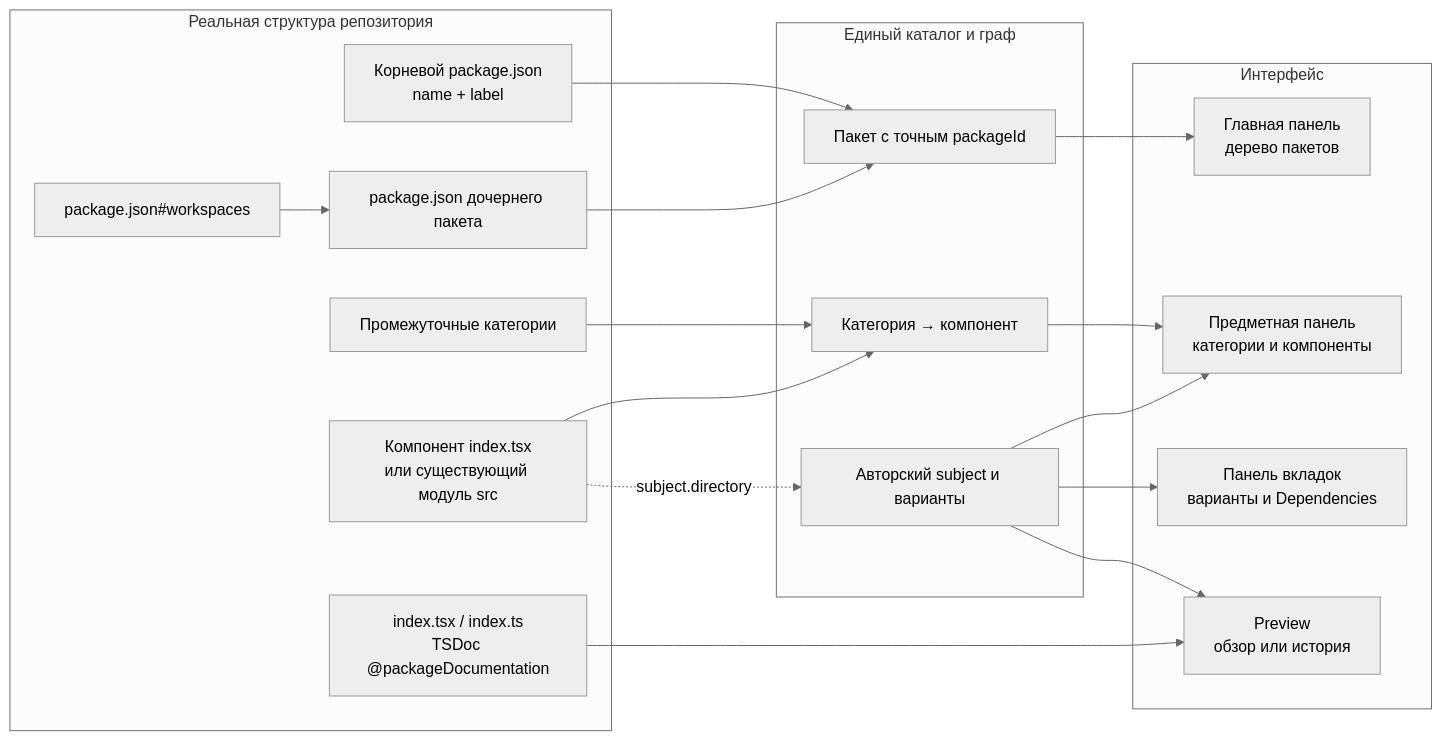
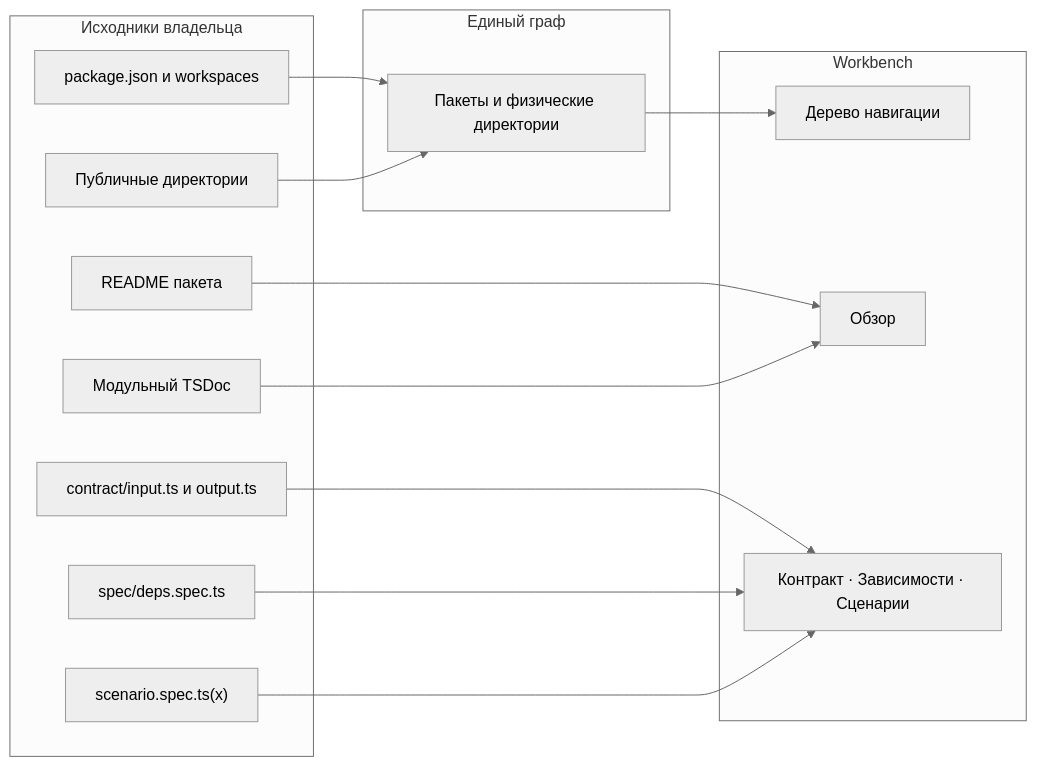
The diagram in archetypes/notes/draft-projections.md (zavx0z/storybook), drawn with Mermaid (neutral theme) before and after one commit. The commit also changed other lines of this file and 176 other files, not shown here.

````diff
--- a/archetypes/notes/draft-projections.md
+++ b/archetypes/notes/draft-projections.md
@@ -9,37 +8,28 @@
 ```mermaid
 flowchart LR
-  subgraph FS["Реальная структура репозитория"]
-    ROOT["Корневой package.json<br/>name + label"]
-    WS["package.json#workspaces"]
-    PKG["package.json дочернего пакета"]
-    CATEGORY["Промежуточные категории"]
-    MODULE["Компонент index.tsx<br/>или существующий модуль src"]
-    DOC["index.tsx / index.ts<br/>TSDoc @packageDocumentation"]
+  subgraph FS["Исходники владельца"]
+    PACKAGE["package.json и workspaces"]
+    DIRECTORY["Публичные директории"]
+    README["README пакета"]
+    TSDOC["Модульный TSDoc"]
+    CONTRACT["contract/input.ts и output.ts"]
+    DEPS["spec/deps.spec.ts"]
+    SCENARIOS["scenario.spec.ts(x)"]
   end
-
-  subgraph GRAPH["Единый каталог и граф"]
-    PACKAGE["Пакет с точным packageId"]
-    STRUCTURE["Категория → компонент"]
-    SUBJECT["Авторский subject и варианты"]
+  subgraph GRAPH["Единый граф"]
+    NODES["Пакеты и физические директории"]
   end
-
-  subgraph UI["Интерфейс"]
-    MAIN["Главная панель<br/>дерево пакетов"]
-    SECONDARY["Предметная панель<br/>категории и компоненты"]
-    PREVIEW["Preview<br/>обзор или история"]
-    TABS["Панель вкладок<br/>варианты и Dependencies"]
+  subgraph UI["Workbench"]
+    TREE["Дерево навигации"]
+    PREVIEW["Обзор"]
+    TABS["Контракт · Зависимости · Сценарии"]
   end
-
-  ROOT --> PACKAGE
-  WS --> PKG
-  PKG --> PACKAGE
-  CATEGORY --> STRUCTURE
-  MODULE --> STRUCTURE
-  DOC --> PREVIEW
-  MODULE -. "subject.directory" .-> SUBJECT
-  PACKAGE --> MAIN
-  STRUCTURE --> SECONDARY
-  SUBJECT --> SECONDARY
-  SUBJECT --> TABS
-  SUBJECT --> PREVIEW
+  PACKAGE --> NODES
+  DIRECTORY --> NODES
+  NODES --> TREE
+  README --> PREVIEW
+  TSDOC --> PREVIEW
+  CONTRACT --> TABS
+  DEPS --> TABS
+  SCENARIOS --> TABS
 ```
````
